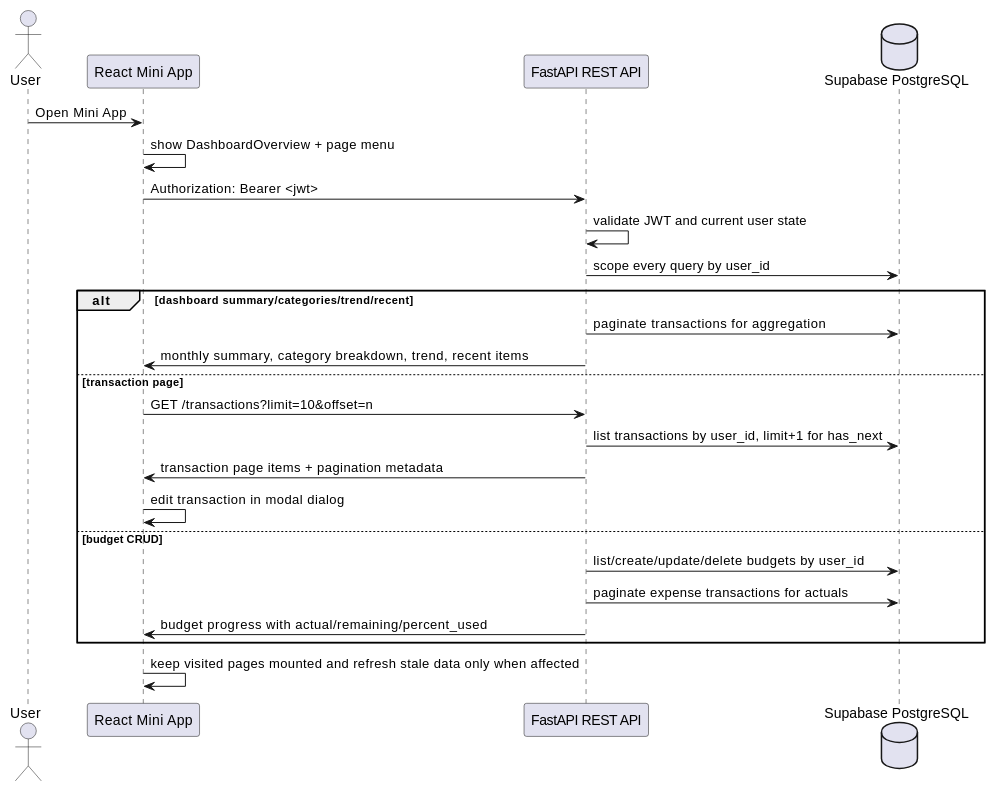
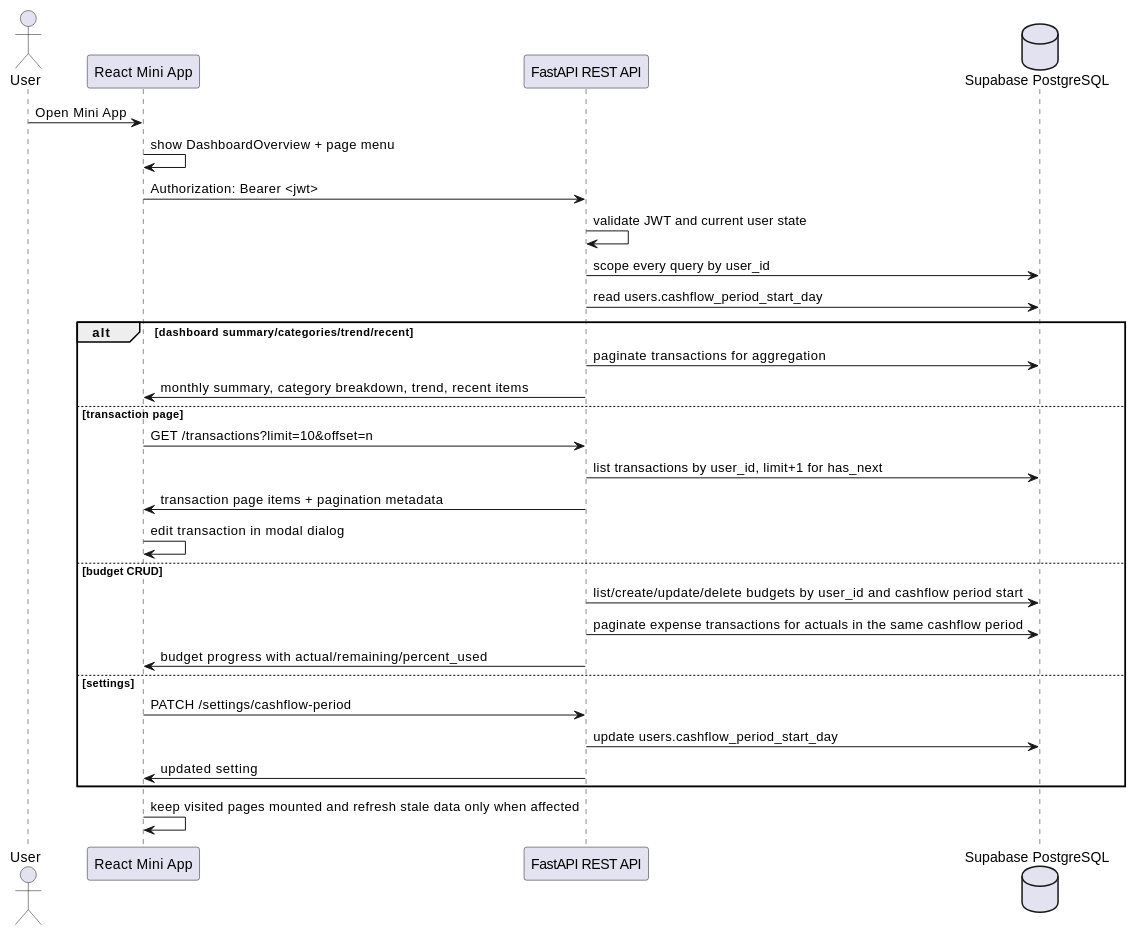
Before and after one commit to abdtirtayasa24/ai-expense-telegram: the ninth of 13 diagrams in docs/ARCHITECTURE.md, drawn with PlantUML. The commit also changed other lines of this file and 31 other files, not shown here.

Commit message:
feat: add custom cashflow period

````diff
--- a/docs/ARCHITECTURE.md
+++ b/docs/ARCHITECTURE.md
@@ -314,30 +317,35 @@
 ```plantuml
 @startuml
 actor User
 participant "React Mini App" as App
 participant "FastAPI REST API" as API
 database "Supabase PostgreSQL" as DB
 
 User -> App : Open Mini App
 App -> App : show DashboardOverview + page menu
 App -> API : Authorization: Bearer <jwt>
 API -> API : validate JWT and current user state
 API -> DB : scope every query by user_id
+API -> DB : read users.cashflow_period_start_day
 
 alt dashboard summary/categories/trend/recent
   API -> DB : paginate transactions for aggregation
   API -> App : monthly summary, category breakdown, trend, recent items
 else transaction page
   App -> API : GET /transactions?limit=10&offset=n
   API -> DB : list transactions by user_id, limit+1 for has_next
   API -> App : transaction page items + pagination metadata
   App -> App : edit transaction in modal dialog
 else budget CRUD
-  API -> DB : list/create/update/delete budgets by user_id
-  API -> DB : paginate expense transactions for actuals
+  API -> DB : list/create/update/delete budgets by user_id and cashflow period start
+  API -> DB : paginate expense transactions for actuals in the same cashflow period
   API -> App : budget progress with actual/remaining/percent_used
+else settings
+  App -> API : PATCH /settings/cashflow-period
+  API -> DB : update users.cashflow_period_start_day
+  API -> App : updated setting
 end
 
 App -> App : keep visited pages mounted and refresh stale data only when affected
 @enduml
 ```
````
